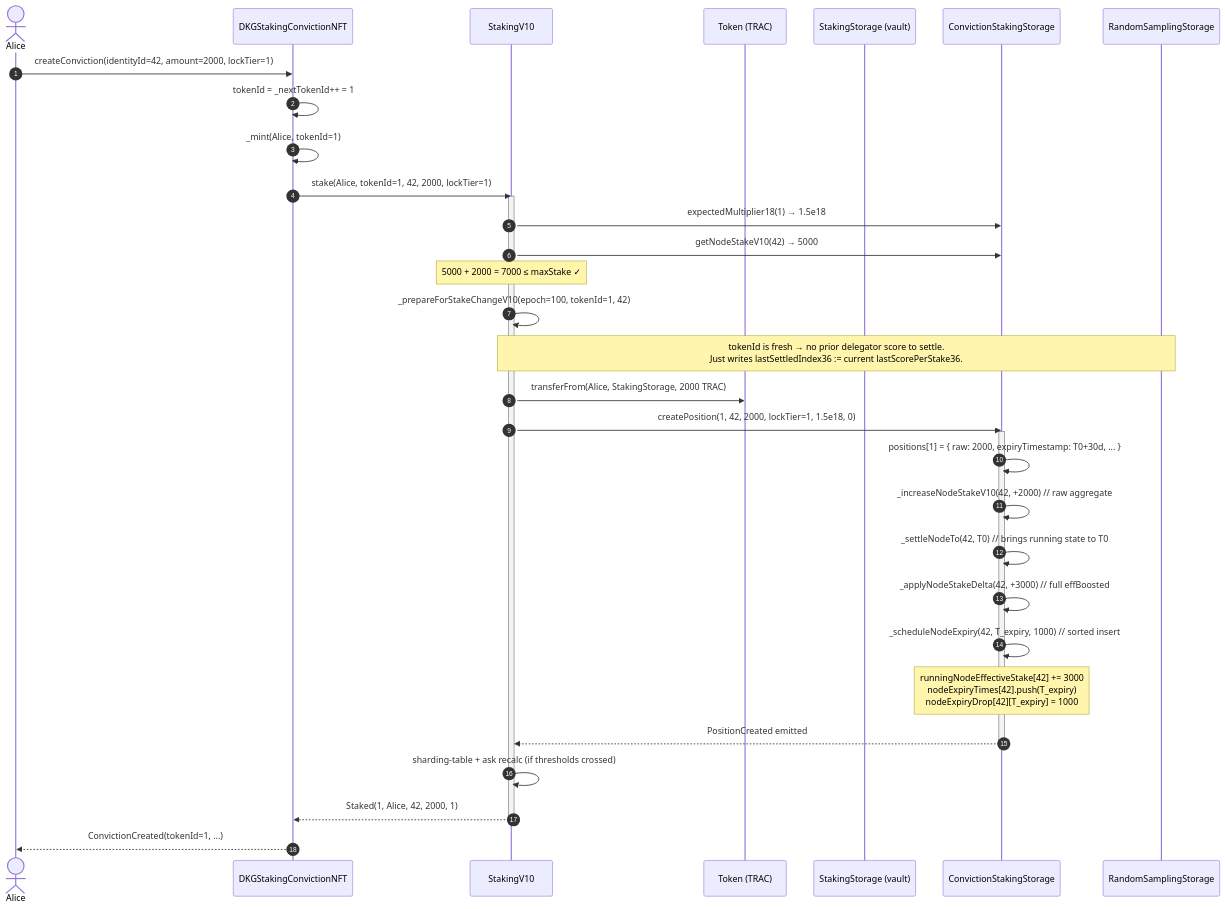
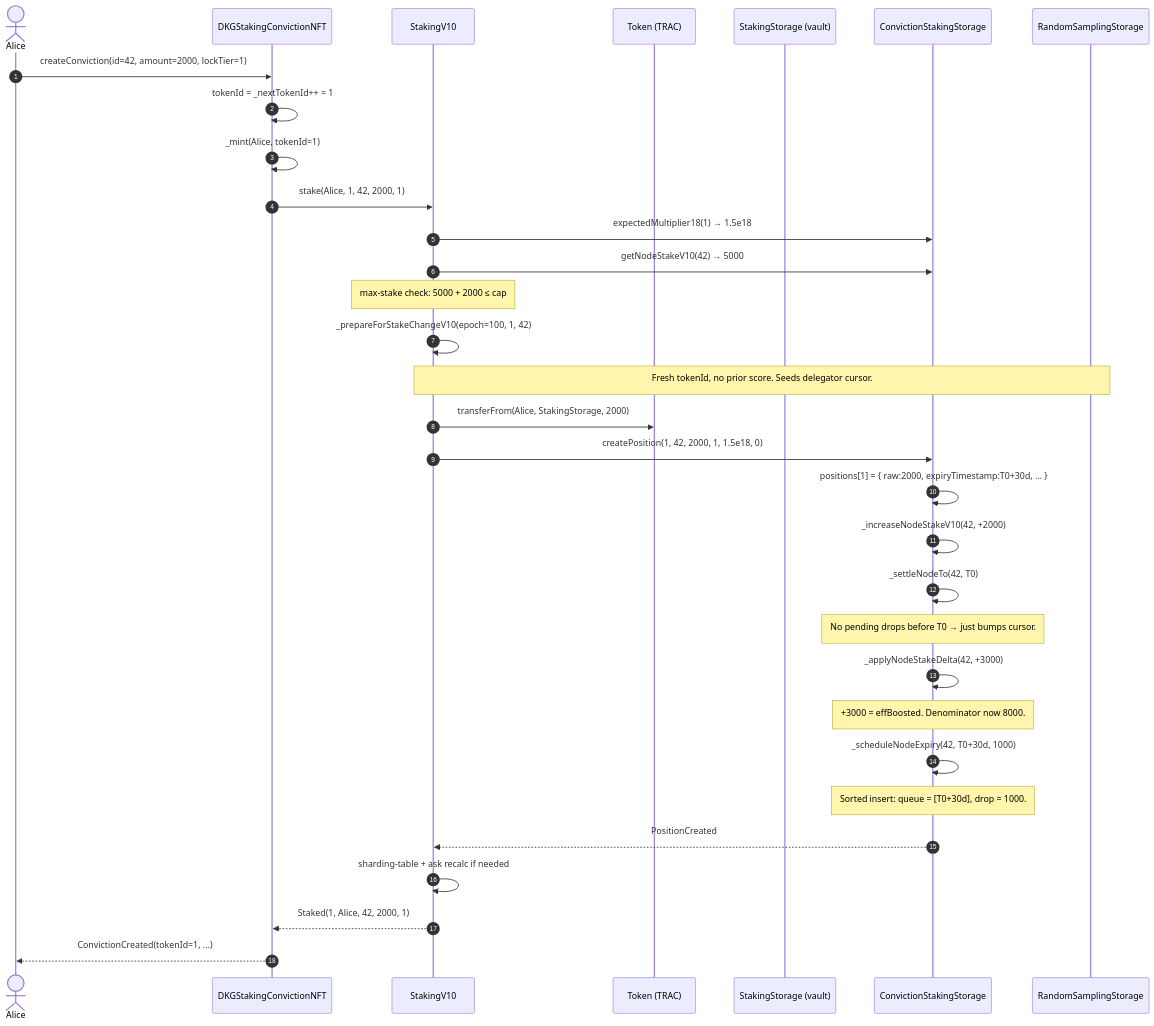
Before and after one commit to OriginTrail/dkg-v9: the first of 5 diagrams in packages/evm-module/docs/D26_TIME_ACCURATE_STAKING.md, drawn with Mermaid. The commit also changed other lines of this file and 15 other files, not shown here.

````diff
--- a/packages/evm-module/docs/D26_TIME_ACCURATE_STAKING.md
+++ b/packages/evm-module/docs/D26_TIME_ACCURATE_STAKING.md
@@ -128,42 +160,41 @@
 ```mermaid
+%%{init: { 'sequence': { 'messageMargin': 55, 'noteMargin': 15, 'boxMargin': 15, 'actorMargin': 70 } } }%%
 sequenceDiagram
     autonumber
     actor Alice
     participant NFT as DKGStakingConvictionNFT
     participant SV10 as StakingV10
     participant TOKEN as Token (TRAC)
     participant SS as StakingStorage (vault)
     participant CSS as ConvictionStakingStorage
     participant RSS as RandomSamplingStorage
 
-    Alice->>NFT: createConviction(identityId=42, amount=2000, lockTier=1)
+    Alice->>NFT: createConviction(id=42, amount=2000, lockTier=1)
     NFT->>NFT: tokenId = _nextTokenId++ = 1
     NFT->>NFT: _mint(Alice, tokenId=1)
-    NFT->>SV10: stake(Alice, tokenId=1, 42, 2000, lockTier=1)
+    NFT->>SV10: stake(Alice, 1, 42, 2000, 1)
 
-    activate SV10
     SV10->>CSS: expectedMultiplier18(1) → 1.5e18
     SV10->>CSS: getNodeStakeV10(42) → 5000
-    Note over SV10: 5000 + 2000 = 7000 ≤ maxStake ✓
+    Note over SV10: max-stake check: 5000 + 2000 ≤ cap
 
-    SV10->>SV10: _prepareForStakeChangeV10(epoch=100, tokenId=1, 42)
-    Note over SV10,RSS: tokenId is fresh → no prior delegator score to settle.<br/>Just writes lastSettledIndex36 := current lastScorePerStake36.
+    SV10->>SV10: _prepareForStakeChangeV10(epoch=100, 1, 42)
+    Note over SV10,RSS: Fresh tokenId, no prior score. Seeds delegator cursor.
 
-    SV10->>TOKEN: transferFrom(Alice, StakingStorage, 2000 TRAC)
+    SV10->>TOKEN: transferFrom(Alice, StakingStorage, 2000)
 
-    SV10->>CSS: createPosition(1, 42, 2000, lockTier=1, 1.5e18, 0)
-    activate CSS
-    CSS->>CSS: positions[1] = { raw: 2000, expiryTimestamp: T0+30d, ... }
-    CSS->>CSS: _increaseNodeStakeV10(42, +2000)   // raw aggregate
-    CSS->>CSS: _settleNodeTo(42, T0)              // brings running state to T0
-    CSS->>CSS: _applyNodeStakeDelta(42, +3000)    // full effBoosted
-    CSS->>CSS: _scheduleNodeExpiry(42, T_expiry, 1000)  // sorted insert
-    Note over CSS: runningNodeEffectiveStake[42] += 3000<br/>nodeExpiryTimes[42].push(T_expiry)<br/>nodeExpiryDrop[42][T_expiry] = 1000
-    CSS-->>SV10: PositionCreated emitted
-    deactivate CSS
+    SV10->>CSS: createPosition(1, 42, 2000, 1, 1.5e18, 0)
+    CSS->>CSS: positions[1] = { raw:2000, expiryTimestamp:T0+30d, ... }
+    CSS->>CSS: _increaseNodeStakeV10(42, +2000)
+    CSS->>CSS: _settleNodeTo(42, T0)
+    Note over CSS: No pending drops before T0 → just bumps cursor.
+    CSS->>CSS: _applyNodeStakeDelta(42, +3000)
+    Note over CSS: +3000 = effBoosted. Denominator now 8000.
+    CSS->>CSS: _scheduleNodeExpiry(42, T0+30d, 1000)
+    Note over CSS: Sorted insert: queue = [T0+30d], drop = 1000.
+    CSS-->>SV10: PositionCreated
 
-    SV10->>SV10: sharding-table + ask recalc (if thresholds crossed)
+    SV10->>SV10: sharding-table + ask recalc if needed
     SV10-->>NFT: Staked(1, Alice, 42, 2000, 1)
-    deactivate SV10
     NFT-->>Alice: ConvictionCreated(tokenId=1, ...)
 ```
````
